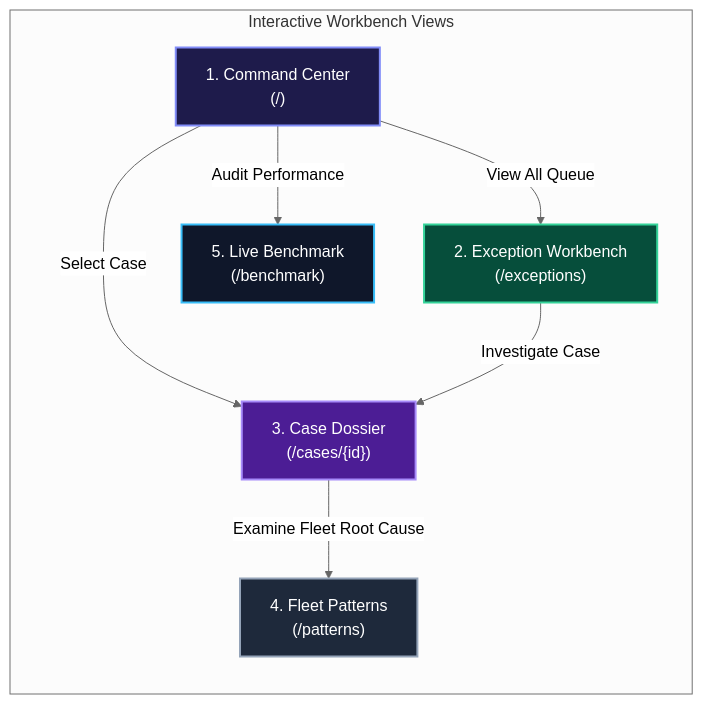
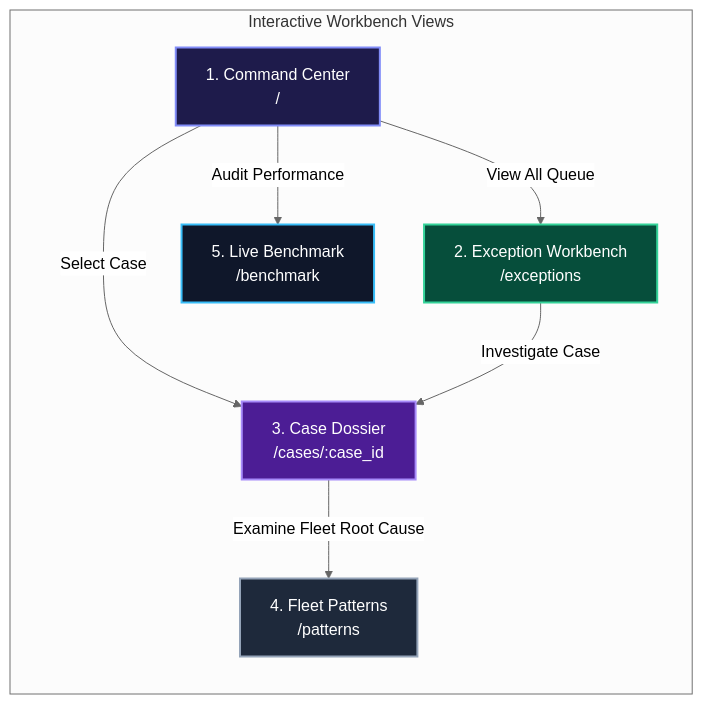
The first of 2 diagrams in docs/USER_MANUAL.md (Nishant-codess/ShadowLedger), drawn with Mermaid (neutral theme) before and after one commit. The commit also changed other lines of this file and 2 other files, not shown here.

Commit message:
docs: fix Mermaid syntax quotes and sanitize link labels across documentation

````diff
--- a/docs/USER_MANUAL.md
+++ b/docs/USER_MANUAL.md
@@ -17,28 +17,28 @@
 ```mermaid
 graph LR
     subgraph UI_NAV ["Interactive Workbench Views"]
-        CC["1. Command Center<br/>(/)"]
-        EX["2. Exception Workbench<br/>(/exceptions)"]
-        CD["3. Case Dossier<br/>(/cases/{id})"]
-        PT["4. Fleet Patterns<br/>(/patterns)"]
-        BM["5. Live Benchmark<br/>(/benchmark)"]
+        CC["1. Command Center<br/>/"]
+        EX["2. Exception Workbench<br/>/exceptions"]
+        CD["3. Case Dossier<br/>/cases/:case_id"]
+        PT["4. Fleet Patterns<br/>/patterns"]
+        BM["5. Live Benchmark<br/>/benchmark"]
     end
 
-    CC -->|Select Case| CD
-    CC -->|View All Queue| EX
-    EX -->|Investigate Case| CD
-    CD -->|Examine Fleet Root Cause| PT
-    CC -->|Audit Performance| BM
+    CC -->|"Select Case"| CD
+    CC -->|"View All Queue"| EX
+    EX -->|"Investigate Case"| CD
+    CD -->|"Examine Fleet Root Cause"| PT
+    CC -->|"Audit Performance"| BM
 
     classDef ccStyle fill:#1e1b4b,stroke:#818cf8,stroke-width:2px,color:#fff;
     classDef exStyle fill:#064e3b,stroke:#34d399,stroke-width:2px,color:#fff;
     classDef cdStyle fill:#4c1d95,stroke:#a78bfa,stroke-width:2px,color:#fff;
     classDef ptStyle fill:#1e293b,stroke:#94a3b8,stroke-width:2px,color:#fff;
     classDef bmStyle fill:#0f172a,stroke:#38bdf8,stroke-width:2px,color:#fff;
 
     class CC ccStyle;
     class EX exStyle;
     class CD cdStyle;
     class PT ptStyle;
     class BM bmStyle;
 ```
````
